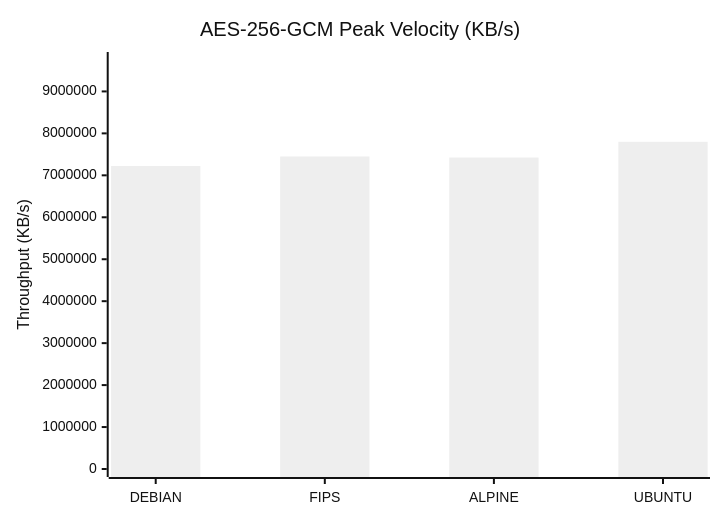
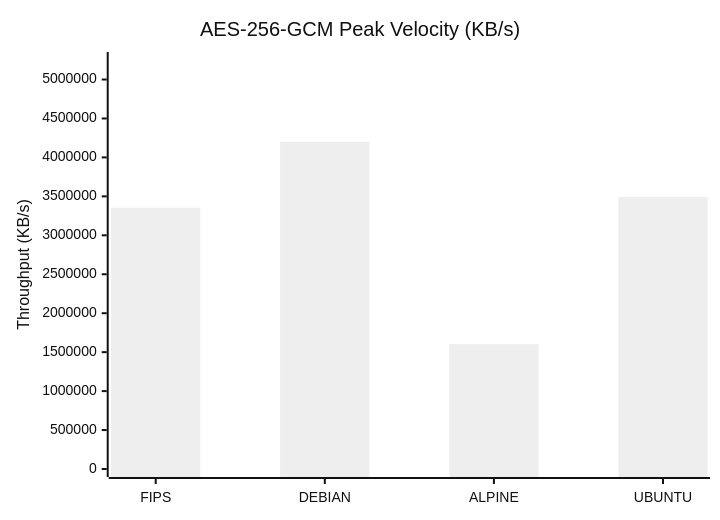
Before and after one commit to taha2samy/openssl_fips: the first of 9 diagrams in docs/Comparison_Report.md, drawn with Mermaid (neutral theme). The commit also changed other lines of this file and 5 other files, not shown here.

````diff
--- a/docs/Comparison_Report.md
+++ b/docs/Comparison_Report.md
@@ -56,7 +56,7 @@
 ```mermaid
 xychart-beta
     title "AES-256-GCM Peak Velocity (KB/s)"
-    x-axis [DEBIAN, FIPS, ALPINE, UBUNTU]
-    y-axis "Throughput (KB/s)" 0 --> 9748940
-    bar [7221968.9, 7449133.06, 7424761.86, 7799152.64]
+    x-axis [FIPS, DEBIAN, ALPINE, UBUNTU]
+    y-axis "Throughput (KB/s)" 0 --> 5250608
+    bar [3353982.99, 4200486.72, 1602803.44, 3491651.91]
 ```
````
